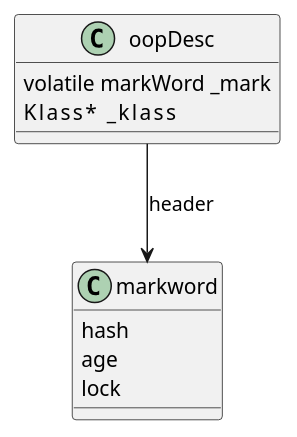
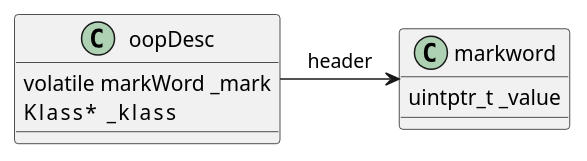
One commit to kevinwang930/kevinwang930.github.io changed the diagram in content/post/java/object.md. Above: the diagram before and after it, drawn with PlantUML. The commit also changed other lines of this file and 5 other files, not shown here.

````diff
--- a/content/post/java/object.md
+++ b/content/post/java/object.md
@@ -44,14 +22,12 @@
 ```plantuml
 class oopDesc {
     volatile markWord _mark
     Klass*      _klass
 }
 class markword {
-    hash
-    age
-    lock
+    uintptr_t _value
 }
 
 
-oopDesc --> markword: header 
+oopDesc -right-> markword: header 
 ```
````
